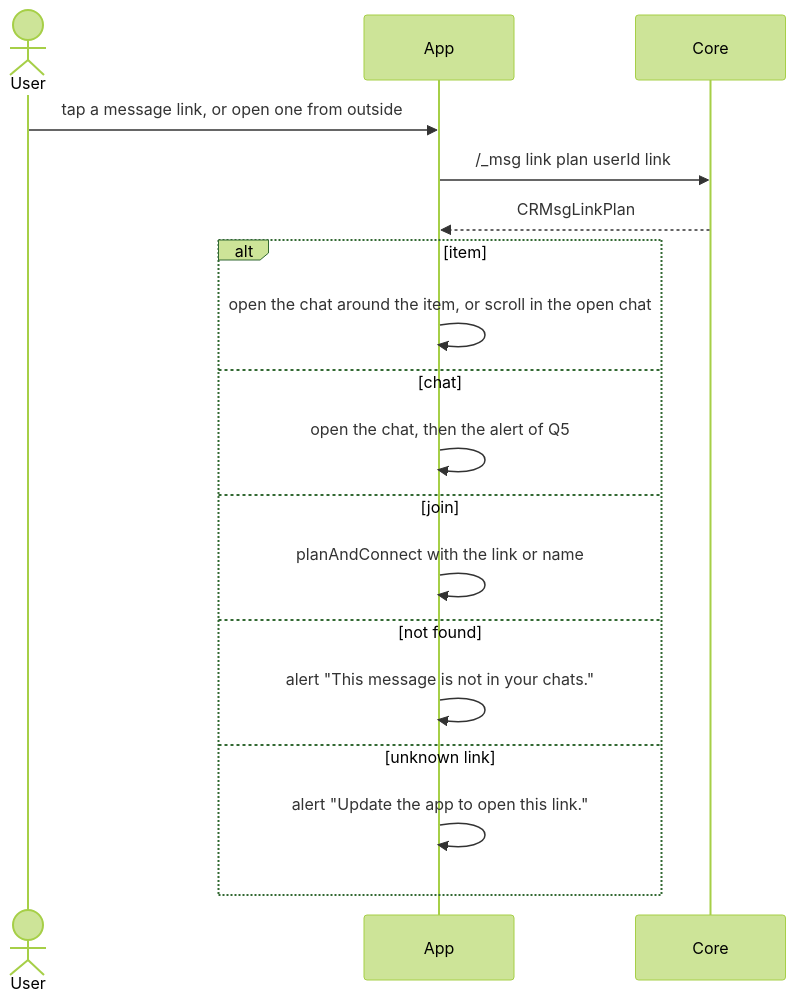
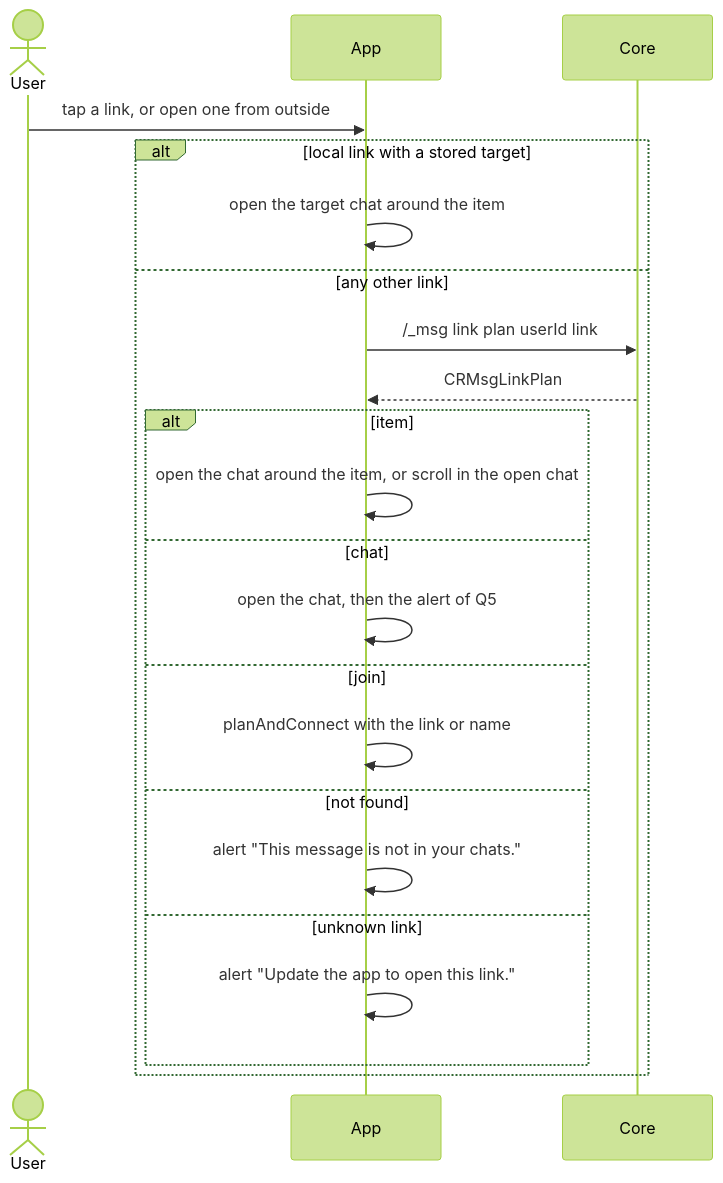
The fifth of 6 diagrams in plans/2026-11-22-message-references.md (evgeny-simplex/simplex-chat), drawn with Mermaid (forest theme) before and after one commit. The commit also changed other lines of this file, not shown here.

Commit message:
core: plan local message links as message metadata

````diff
--- a/plans/2026-11-22-message-references.md
+++ b/plans/2026-11-22-message-references.md
@@ -274,20 +386,24 @@
 ```mermaid
 sequenceDiagram
   actor U as User
   participant A as App
   participant C as Core
-  U->>A: tap a message link, or open one from outside
-  A->>C: /_msg link plan userId link
-  C-->>A: CRMsgLinkPlan
-  alt item
-    A->>A: open the chat around the item, or scroll in the open chat
-  else chat
-    A->>A: open the chat, then the alert of Q5
-  else join
-    A->>A: planAndConnect with the link or name
-  else not found
-    A->>A: alert "This message is not in your chats."
-  else unknown link
-    A->>A: alert "Update the app to open this link."
+  U->>A: tap a link, or open one from outside
+  alt local link with a stored target
+    A->>A: open the target chat around the item
+  else any other link
+    A->>C: /_msg link plan userId link
+    C-->>A: CRMsgLinkPlan
+    alt item
+      A->>A: open the chat around the item, or scroll in the open chat
+    else chat
+      A->>A: open the chat, then the alert of Q5
+    else join
+      A->>A: planAndConnect with the link or name
+    else not found
+      A->>A: alert "This message is not in your chats."
+    else unknown link
+      A->>A: alert "Update the app to open this link."
+    end
   end
 ```
````
